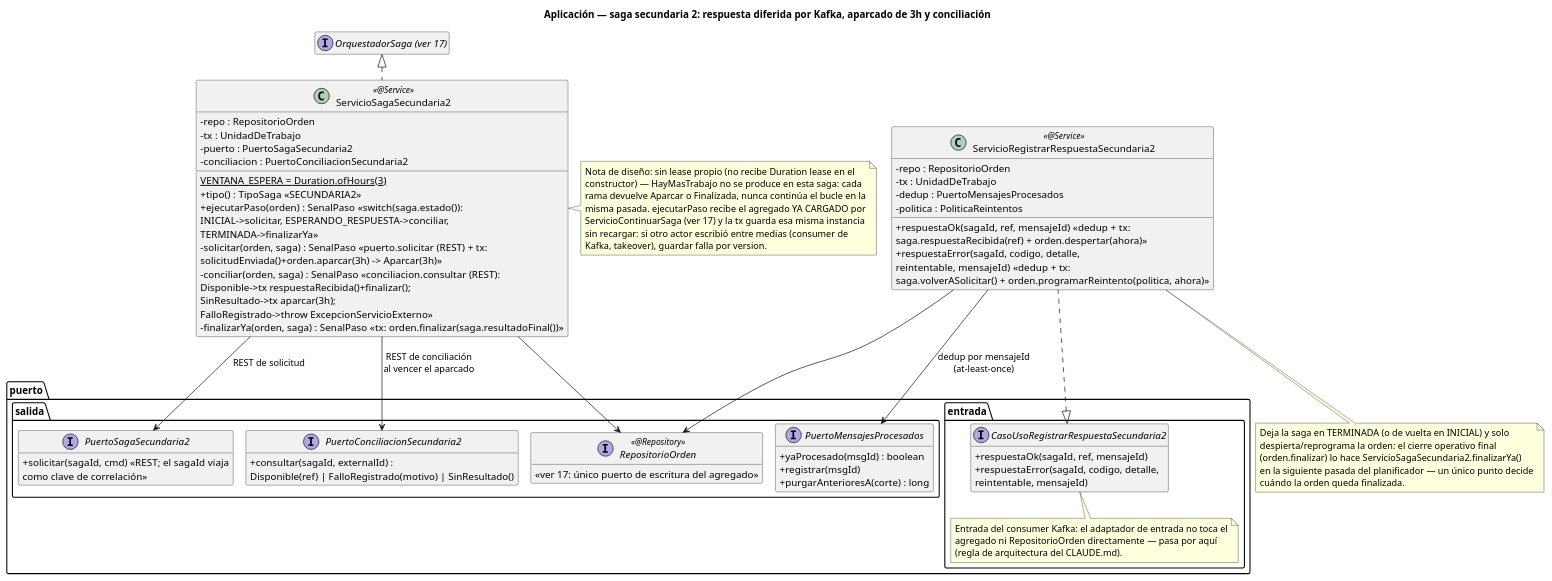
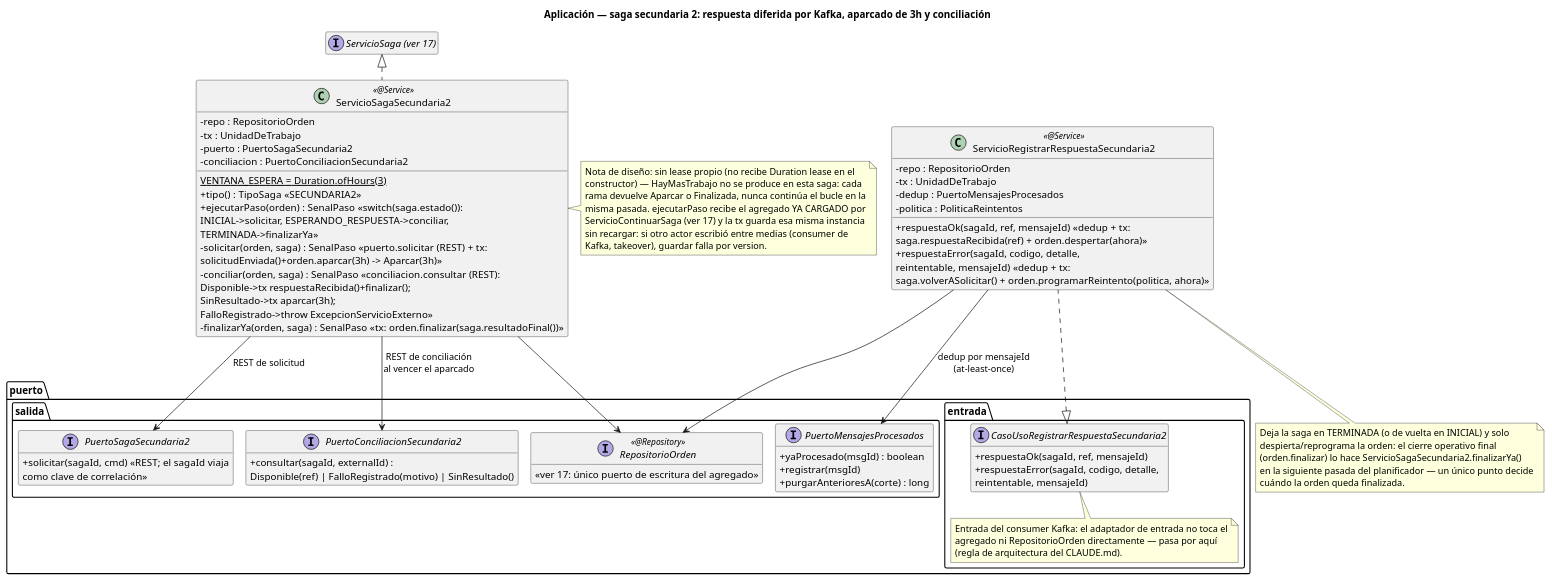
Before and after one commit to ralcazar/patrones: the diagram in order-manager/docs/20-clases-aplicacion-saga-secundaria2.puml, drawn with PlantUML. The commit also changed 74 other files, not shown here.

First line of the commit message:
Renombrar SagaRoot->Saga (entidad) y OrquestadorSaga->ServicioSaga

```diff
--- a/order-manager/docs/20-clases-aplicacion-saga-secundaria2.puml
+++ b/order-manager/docs/20-clases-aplicacion-saga-secundaria2.puml
@@ -1,83 +1,83 @@
 @startuml 20-clases-aplicacion-saga-secundaria2
 title Aplicación — saga secundaria 2: respuesta diferida por Kafka, aparcado de 3h y conciliación
 !pragma layout smetana
 hide empty members
 skinparam classAttributeIconSize 0
 
 package "puerto.entrada" {
   interface CasoUsoRegistrarRespuestaSecundaria2 {
     +respuestaOk(sagaId, ref, mensajeId)
     +respuestaError(sagaId, codigo, detalle,\nreintentable, mensajeId)
   }
   note bottom of CasoUsoRegistrarRespuestaSecundaria2
     Entrada del consumer Kafka: el adaptador de entrada no toca el
     agregado ni RepositorioOrden directamente — pasa por aquí
     (regla de arquitectura del CLAUDE.md).
   end note
 }
 
-interface "OrquestadorSaga (ver 17)" as Base
+interface "ServicioSaga (ver 17)" as Base
 
 class ServicioSagaSecundaria2 <<@Service>> {
   {static} VENTANA_ESPERA = Duration.ofHours(3)
   -repo : RepositorioOrden
   -tx : UnidadDeTrabajo
   -puerto : PuertoSagaSecundaria2
   -conciliacion : PuertoConciliacionSecundaria2
   +tipo() : TipoSaga  «SECUNDARIA2»
   +ejecutarPaso(orden) : SenalPaso  «switch(saga.estado()):\nINICIAL->solicitar, ESPERANDO_RESPUESTA->conciliar,\nTERMINADA->finalizarYa»
   -solicitar(orden, saga) : SenalPaso  «puerto.solicitar (REST) + tx:\nsolicitudEnviada()+orden.aparcar(3h) -> Aparcar(3h)»
   -conciliar(orden, saga) : SenalPaso  «conciliacion.consultar (REST):\nDisponible->tx respuestaRecibida()+finalizar();\nSinResultado->tx aparcar(3h);\nFalloRegistrado->throw ExcepcionServicioExterno»
   -finalizarYa(orden, saga) : SenalPaso  «tx: orden.finalizar(saga.resultadoFinal())»
 }
 note right of ServicioSagaSecundaria2
   Nota de diseño: sin lease propio (no recibe Duration lease en el
   constructor) — HayMasTrabajo no se produce en esta saga: cada
   rama devuelve Aparcar o Finalizada, nunca continúa el bucle en la
   misma pasada. ejecutarPaso recibe el agregado YA CARGADO por
   ServicioContinuarSaga (ver 17) y la tx guarda esa misma instancia
   sin recargar: si otro actor escribió entre medias (consumer de
   Kafka, takeover), guardar falla por version.
 end note
 
 class ServicioRegistrarRespuestaSecundaria2 <<@Service>> {
   -repo : RepositorioOrden
   -tx : UnidadDeTrabajo
   -dedup : PuertoMensajesProcesados
   -politica : PoliticaReintentos
   +respuestaOk(sagaId, ref, mensajeId)  «dedup + tx:\nsaga.respuestaRecibida(ref) + orden.despertar(ahora)»
   +respuestaError(sagaId, codigo, detalle,\nreintentable, mensajeId)  «dedup + tx:\nsaga.volverASolicitar() + orden.programarReintento(politica, ahora)»
 }
 note bottom of ServicioRegistrarRespuestaSecundaria2
   Deja la saga en TERMINADA (o de vuelta en INICIAL) y solo
   despierta/reprograma la orden: el cierre operativo final
   (orden.finalizar) lo hace ServicioSagaSecundaria2.finalizarYa()
   en la siguiente pasada del planificador — un único punto decide
   cuándo la orden queda finalizada.
 end note
 
 package "puerto.salida" {
   interface RepositorioOrden <<@Repository>> {
     «ver 17: único puerto de escritura del agregado»
   }
   interface PuertoSagaSecundaria2 {
     +solicitar(sagaId, cmd)  «REST; el sagaId viaja\ncomo clave de correlación»
   }
   interface PuertoConciliacionSecundaria2 {
     +consultar(sagaId, externalId) :\nDisponible(ref) | FalloRegistrado(motivo) | SinResultado()
   }
   interface PuertoMensajesProcesados {
     +yaProcesado(msgId) : boolean
     +registrar(msgId)
     +purgarAnterioresA(corte) : long
   }
 }
 
 CasoUsoRegistrarRespuestaSecundaria2 <|.. ServicioRegistrarRespuestaSecundaria2
 Base <|.. ServicioSagaSecundaria2
 ServicioSagaSecundaria2 --> RepositorioOrden
 ServicioSagaSecundaria2 --> PuertoSagaSecundaria2 : REST de solicitud
 ServicioSagaSecundaria2 --> PuertoConciliacionSecundaria2 : REST de conciliación\nal vencer el aparcado
 ServicioRegistrarRespuestaSecundaria2 --> RepositorioOrden
 ServicioRegistrarRespuestaSecundaria2 --> PuertoMensajesProcesados : dedup por mensajeId\n(at-least-once)
 @enduml
```
